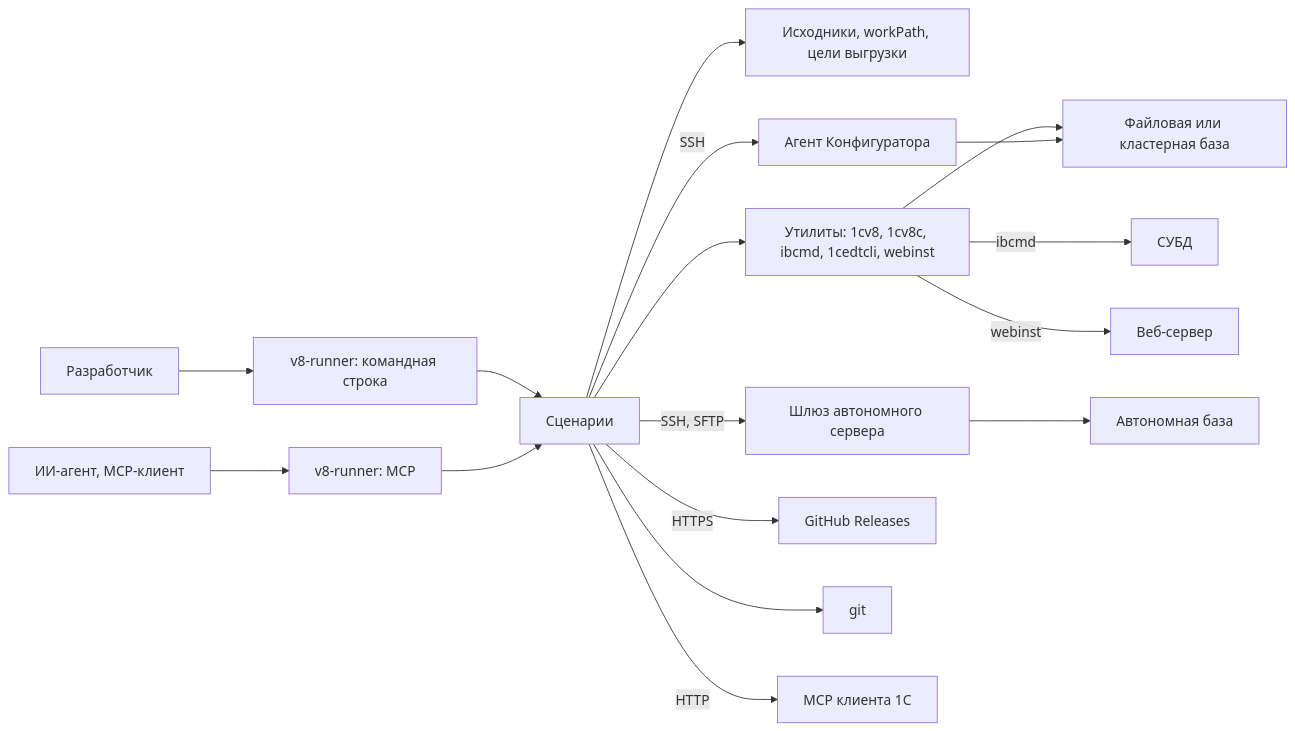
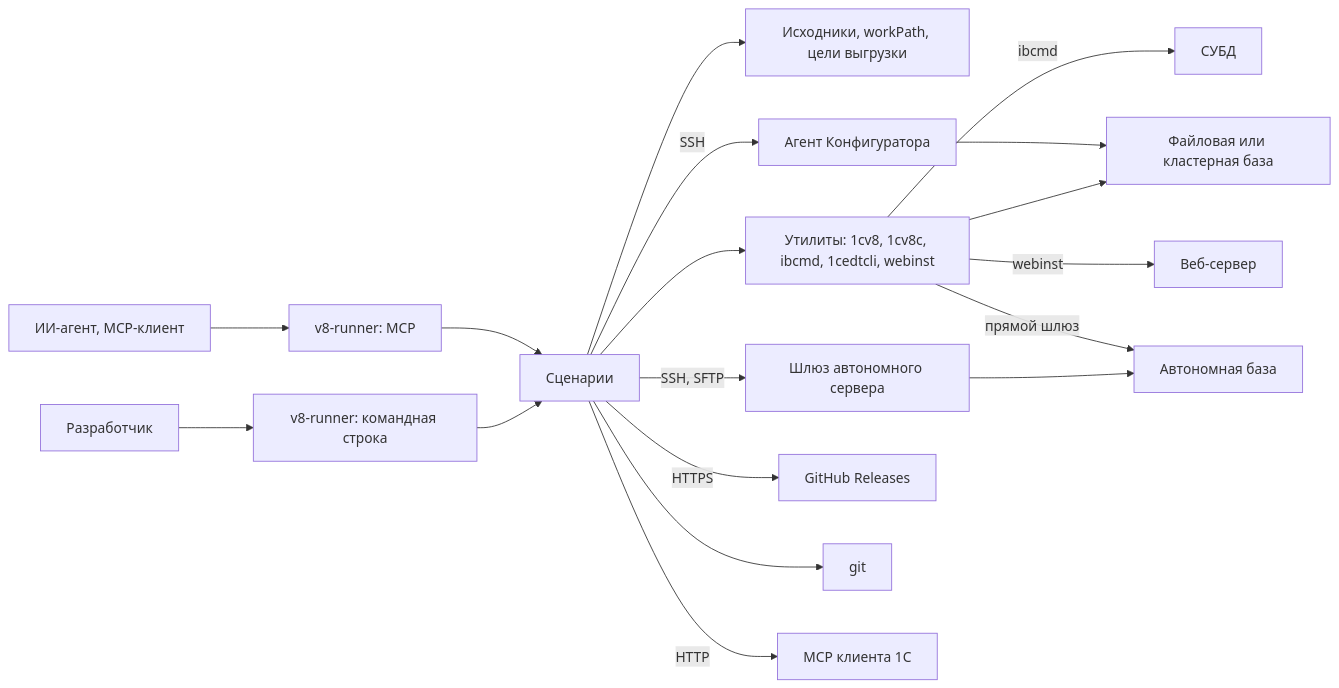
The diagram in spec/arc42/03-context-and-scope.md (IngvarConsulting/v8-runner-rust), drawn with Mermaid before and after one commit. The commit also changed other lines of this file and 9 other files, not shown here.

First line of the commit message:
docs(targets): прямой шлюз автономного сервера в документах и arc42 (#205)

````diff
--- a/spec/arc42/03-context-and-scope.md
+++ b/spec/arc42/03-context-and-scope.md
@@ -3,18 +3,19 @@
 ```mermaid
 flowchart LR
     Dev["Разработчик"] --> CLI["v8-runner: командная строка"]
     Bot["ИИ-агент, MCP-клиент"] --> MCP["v8-runner: MCP"]
     CLI & MCP --> Core["Сценарии"]
     Core --> FS["Исходники, workPath, цели выгрузки"]
     Core --> Tools["Утилиты: 1cv8, 1cv8c, ibcmd, 1cedtcli, webinst"]
     Core -->|SSH| DAgent["Агент Конфигуратора"]
     Core -->|"SSH, SFTP"| Gate["Шлюз автономного сервера"]
     Core -->|HTTPS| GH["GitHub Releases"]
     Core --> Git["git"]
     Core -->|HTTP| CMCP["MCP клиента 1С"]
     Tools --> IB["Файловая или кластерная база"]
     Tools -->|ibcmd| DBMS["СУБД"]
     Tools -->|webinst| Web["Веб-сервер"]
     DAgent --> IB
     Gate --> SIB["Автономная база"]
+    Tools -->|"прямой шлюз"| SIB
 ```
````
